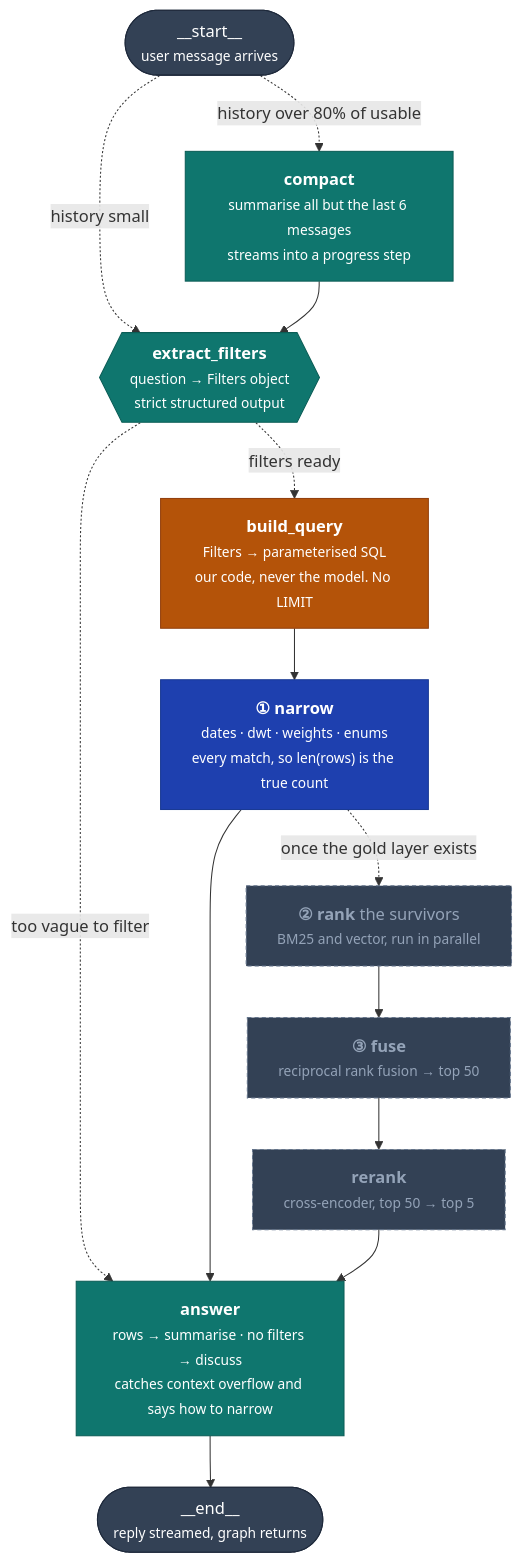
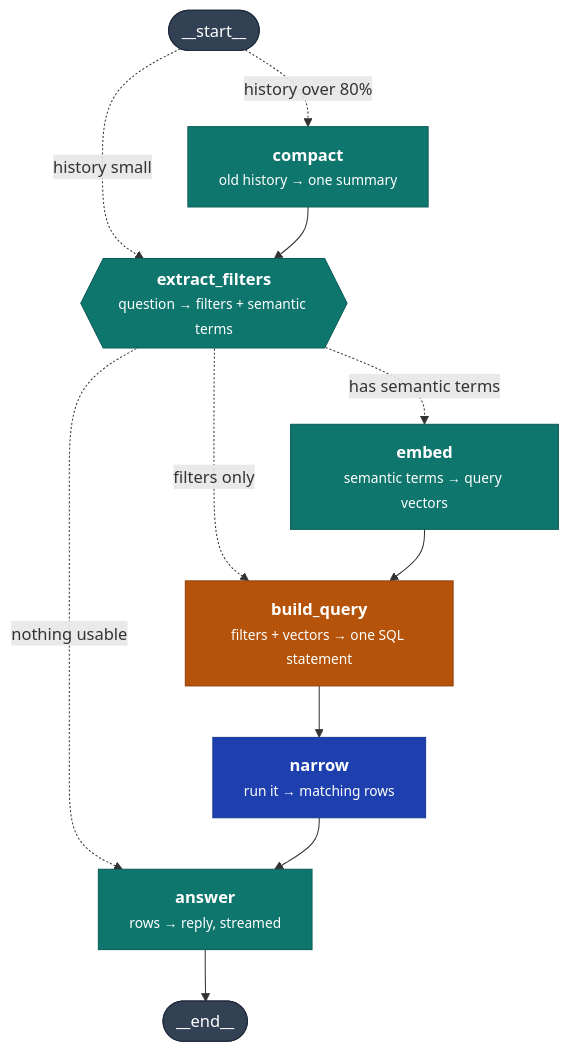
The first of 2 diagrams in README.md (Ryantshh/Ocean-Intelligence), drawn with Mermaid before and after one commit. The commit also changed other lines of this file and 12 other files, not shown here.

````diff
--- a/README.md
+++ b/README.md
@@ -69,36 +69,31 @@
 ```mermaid
 flowchart TB
-    start(["__start__<br/><small>user message arrives</small>"]):::terminal
-    start -. "history over 80% of usable" .-> compact
+    start(["__start__"]):::terminal
+    start -. "history over 80%" .-> compact
     start -. "history small" .-> extract_filters
 
-    compact["<b>compact</b><br/><small>summarise all but the last 6 messages</small><br/><small>streams into a progress step</small>"]:::llm
+    compact["<b>compact</b><br/><small>old history → one summary</small>"]:::llm
     compact --> extract_filters
 
-    extract_filters{{"<b>extract_filters</b><br/><small>question → Filters object</small><br/><small>strict structured output</small>"}}:::llm
-    extract_filters -. "too vague to filter" .-> answer
-    extract_filters -. "filters ready" .-> build_query
+    extract_filters{{"<b>extract_filters</b><br/><small>question → filters + semantic terms</small>"}}:::llm
+    extract_filters -. "nothing usable" .-> answer
+    extract_filters -. "filters only" .-> build_query
+    extract_filters -. "has semantic terms" .-> embed
 
-    build_query["<b>build_query</b><br/><small>Filters → parameterised SQL</small><br/><small>our code, never the model. No LIMIT</small>"]:::guard
+    embed["<b>embed</b><br/><small>semantic terms → query vectors</small>"]:::llm
+    embed --> build_query
+
+    build_query["<b>build_query</b><br/><small>filters + vectors → one SQL statement</small>"]:::guard
     build_query --> narrow
 
-    narrow["<b>① narrow</b><br/><small>dates · dwt · weights · enums</small><br/><small>every match, so len(rows) is the true count</small>"]:::tool
+    narrow["<b>narrow</b><br/><small>run it → matching rows</small>"]:::tool
     narrow --> answer
-    narrow -. "once the gold layer exists" .-> rank
 
-    rank["<b>② rank</b> the survivors<br/><small>BM25 and vector, run in parallel</small>"]:::planned
-    rank --> fuse
-    fuse["<b>③ fuse</b><br/><small>reciprocal rank fusion → top 50</small>"]:::planned
-    fuse --> rerank
-    rerank["<b>rerank</b><br/><small>cross-encoder, top 50 → top 5</small>"]:::planned
-    rerank --> answer
-
-    answer["<b>answer</b><br/><small>rows → summarise · no filters → discuss</small><br/><small>catches context overflow and says how to narrow</small>"]:::llm
-    answer --> finish(["__end__<br/><small>reply streamed, graph returns</small>"]):::terminal
+    answer["<b>answer</b><br/><small>rows → reply, streamed</small>"]:::llm
+    answer --> finish(["__end__"]):::terminal
 
     classDef llm fill:#0f766e,stroke:#0b5d56,color:#fff
     classDef tool fill:#1e40af,stroke:#1a3a94,color:#fff
     classDef guard fill:#b45309,stroke:#92400e,color:#fff
     classDef terminal fill:#334155,stroke:#1e293b,color:#fff
-    classDef planned fill:#334155,stroke:#64748b,color:#94a3b8,stroke-dasharray:4 3
 ```
````
